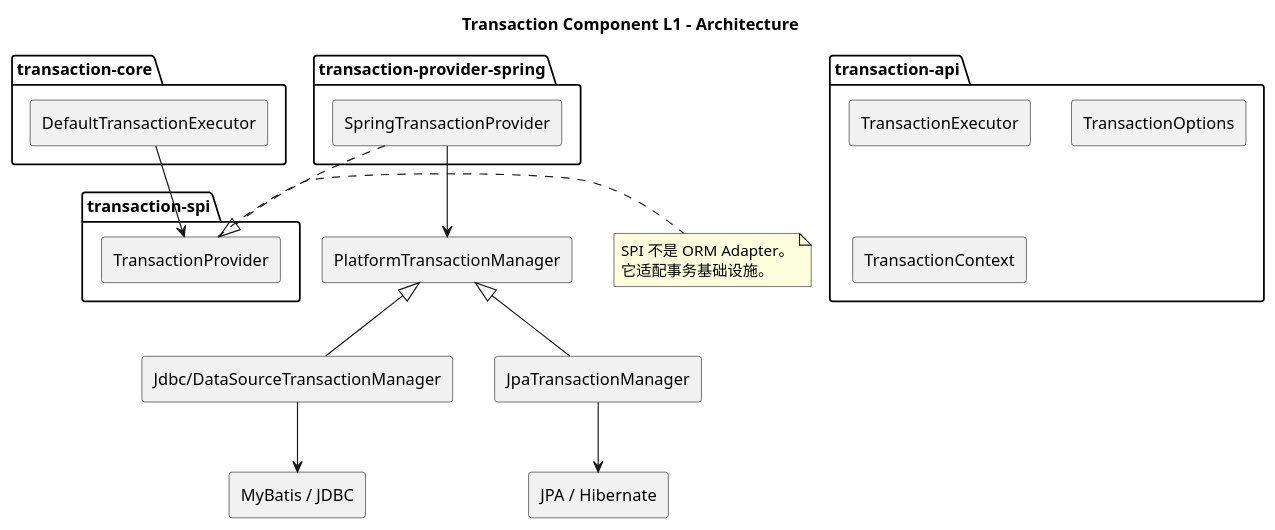
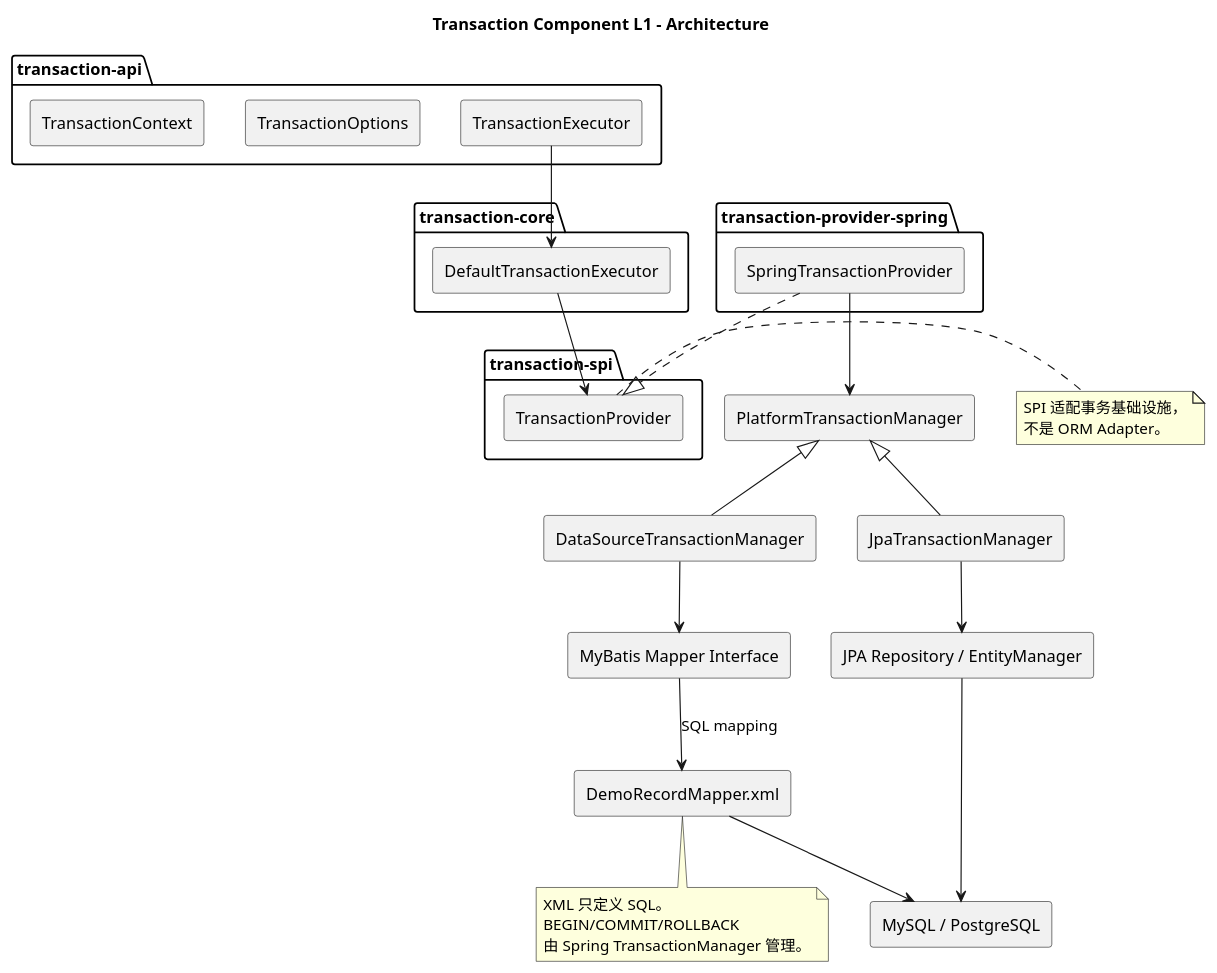
Before and after one commit to pbxjtumse/cola-web-standard: the diagram in component/transaction-component/docs/diagrams/component/L1-architecture.puml, drawn with PlantUML. The commit also changed 86 other files, not shown here.

```diff
--- a/component/transaction-component/docs/diagrams/component/L1-architecture.puml
+++ b/component/transaction-component/docs/diagrams/component/L1-architecture.puml
@@ -1,42 +1,54 @@
 @startuml
 skinparam componentStyle rectangle
 
 title Transaction Component L1 - Architecture
 
 package "transaction-api" {
   [TransactionExecutor]
   [TransactionOptions]
   [TransactionContext]
 }
 
 package "transaction-core" {
   [DefaultTransactionExecutor]
 }
 
 package "transaction-spi" {
   [TransactionProvider]
 }
 
 package "transaction-provider-spring" {
   [SpringTransactionProvider]
 }
 
 component "PlatformTransactionManager" as PTM
-component "Jdbc/DataSourceTransactionManager" as JDBC_TM
+component "DataSourceTransactionManager" as JDBC_TM
 component "JpaTransactionManager" as JPA_TM
-component "MyBatis / JDBC" as MYBATIS
-component "JPA / Hibernate" as JPA
+component "MyBatis Mapper Interface" as MYBATIS_IF
+component "DemoRecordMapper.xml" as MYBATIS_XML
+component "JPA Repository / EntityManager" as JPA
+component "MySQL / PostgreSQL" as DB
 
+TransactionExecutor --> DefaultTransactionExecutor
 DefaultTransactionExecutor --> TransactionProvider
 SpringTransactionProvider ..|> TransactionProvider
 SpringTransactionProvider --> PTM
 PTM <|-- JDBC_TM
 PTM <|-- JPA_TM
-JDBC_TM --> MYBATIS
+JDBC_TM --> MYBATIS_IF
+MYBATIS_IF --> MYBATIS_XML : SQL mapping
+MYBATIS_XML --> DB
 JPA_TM --> JPA
+JPA --> DB
 
 note right of TransactionProvider
-SPI 不是 ORM Adapter。
-它适配事务基础设施。
+SPI 适配事务基础设施，
+不是 ORM Adapter。
+end note
+
+note bottom of MYBATIS_XML
+XML 只定义 SQL。
+BEGIN/COMMIT/ROLLBACK
+由 Spring TransactionManager 管理。
 end note
 @enduml
```
